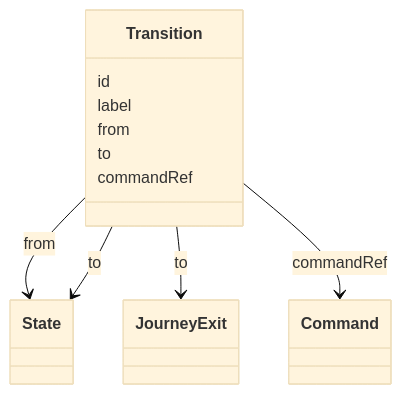
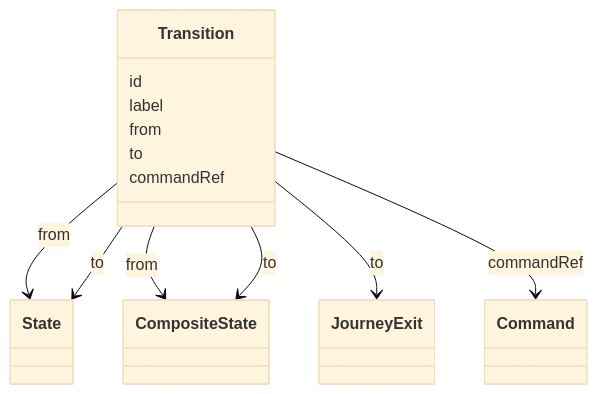
Before and after one commit to openuji/spec-ujg: the fourth of 12 diagrams in specs/ed/graph/index.md, drawn with Mermaid (base theme). The commit also changed other lines of this file and 17 other files, not shown here.

````diff
--- a/specs/ed/graph/index.md
+++ b/specs/ed/graph/index.md
@@ -251,19 +245,22 @@
 ```mermaid
 classDiagram
   class State
+  class CompositeState
   class JourneyExit
   class Command
 
   class Transition {
     id
     label
     from
     to
     commandRef
   }
 
   Transition --> State : from
+  Transition --> CompositeState : from
   Transition --> State : to
+  Transition --> CompositeState : to
   Transition --> JourneyExit : to
   Transition --> Command : commandRef
 ```
````
